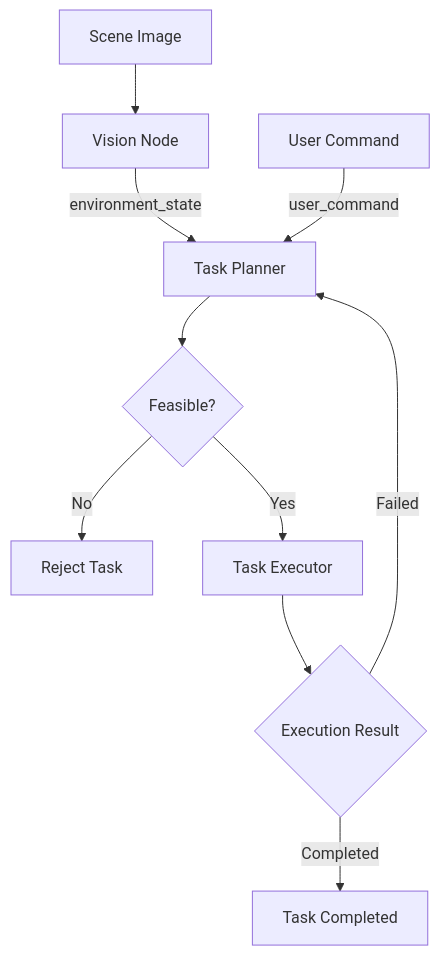
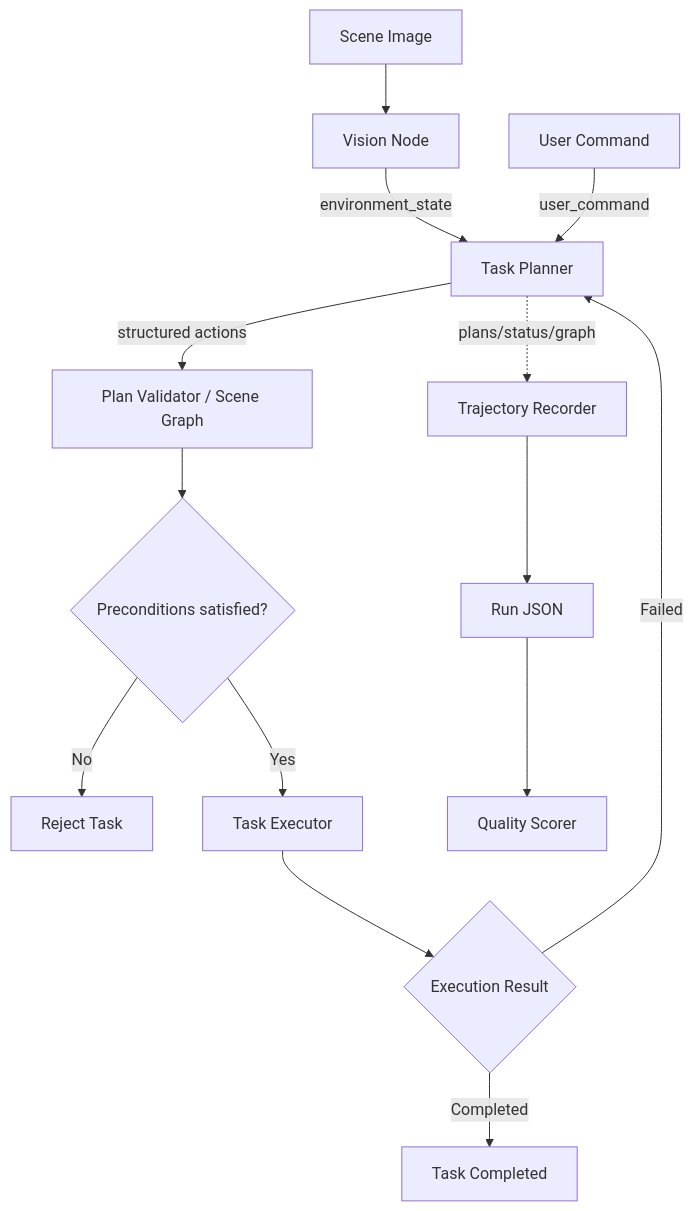
Before and after one commit to Deerainy/agent_robot: the diagram in README.md, drawn with Mermaid. The commit also changed other lines of this file, not shown here.

````diff
--- a/README.md
+++ b/README.md
@@ -27,12 +33,16 @@
 ```mermaid
 flowchart TD
     A[Scene Image] --> B[Vision Node]
     B -->|environment_state| C[Task Planner]
     D[User Command] -->|user_command| C
-    C --> E{Feasible?}
+    C -->|structured actions| V[Plan Validator / Scene Graph]
+    V --> E{Preconditions satisfied?}
     E -->|No| F[Reject Task]
     E -->|Yes| G[Task Executor]
     G --> H{Execution Result}
     H -->|Completed| I[Task Completed]
     H -->|Failed| C
+    C -.plans/status/graph.-> R[Trajectory Recorder]
+    R --> J[Run JSON]
+    J --> S[Quality Scorer]
 ```
````
